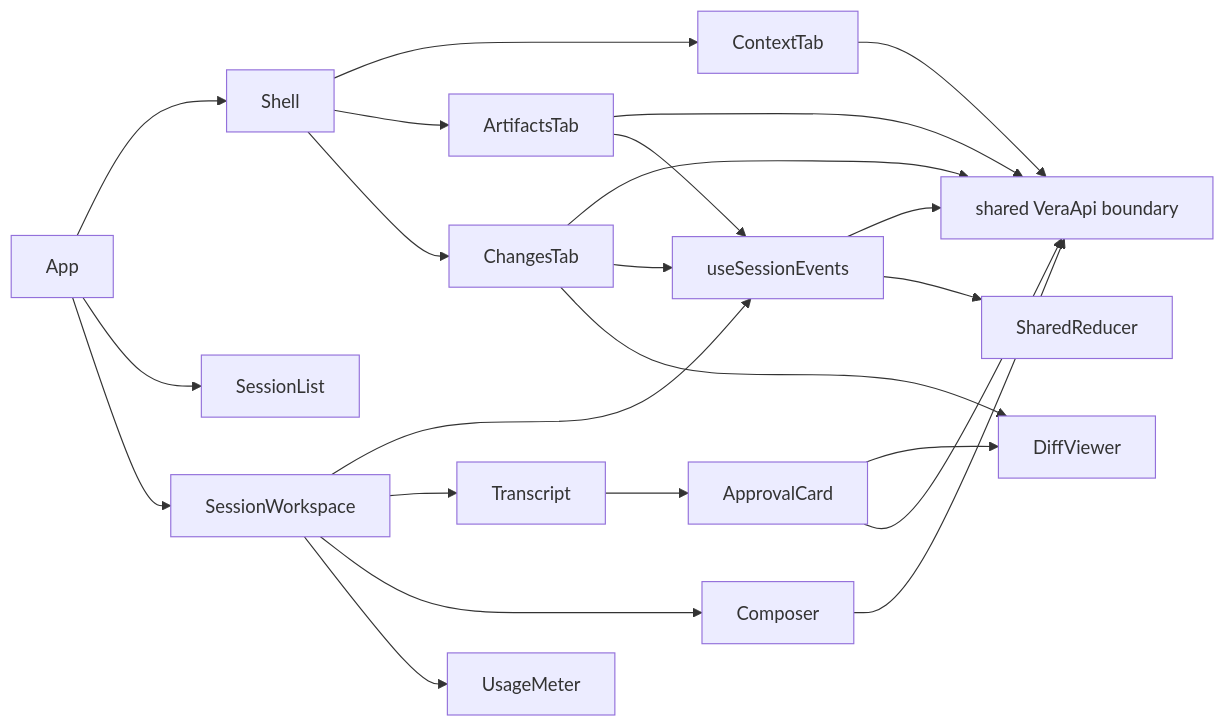
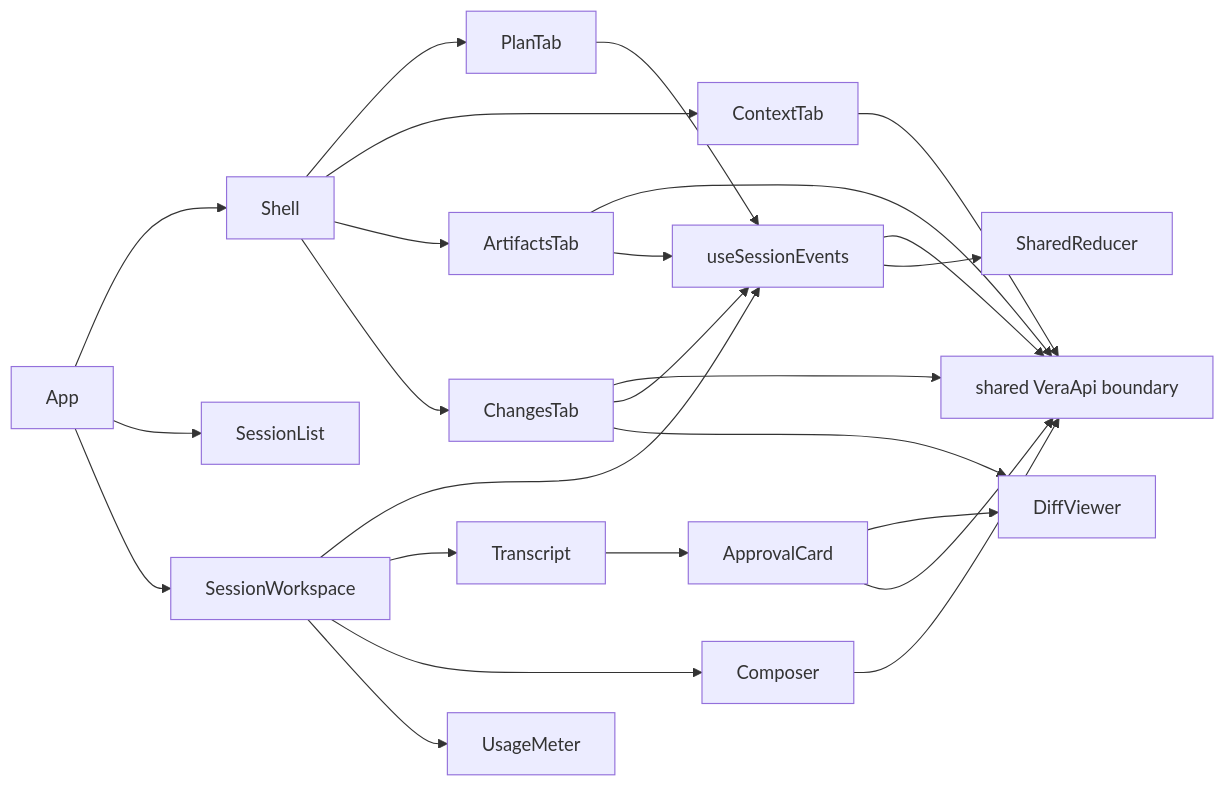
One commit to DDP-Engineering/2026_Virtual_Embedded_Rig_Assistant changed the diagram in .agentic/knowledge/chat-ui.md. Above: the diagram before and after it, drawn with Mermaid. The commit also changed other lines of this file and 41 other files, not shown here.

````diff
--- a/.agentic/knowledge/chat-ui.md
+++ b/.agentic/knowledge/chat-ui.md
@@ -65,25 +66,27 @@
 ```mermaid
 flowchart LR
   App --> Shell
   App --> SessionList
   App --> SessionWorkspace
   SessionWorkspace --> useSessionEvents
   SessionWorkspace --> Transcript
   SessionWorkspace --> Composer
   SessionWorkspace --> UsageMeter
+  Shell --> PlanTab
+  PlanTab --> useSessionEvents
   Shell --> ContextTab
   Shell --> ArtifactsTab
   ArtifactsTab --> API
   ArtifactsTab --> useSessionEvents
   Shell --> ChangesTab
   ChangesTab --> API
   ChangesTab --> useSessionEvents
   ChangesTab --> DiffViewer
   ApprovalCard --> DiffViewer
   useSessionEvents --> API[shared VeraApi boundary]
   useSessionEvents --> SharedReducer
   Transcript --> ApprovalCard
   ApprovalCard --> API
   Composer --> API
   ContextTab --> API
 ```
````
